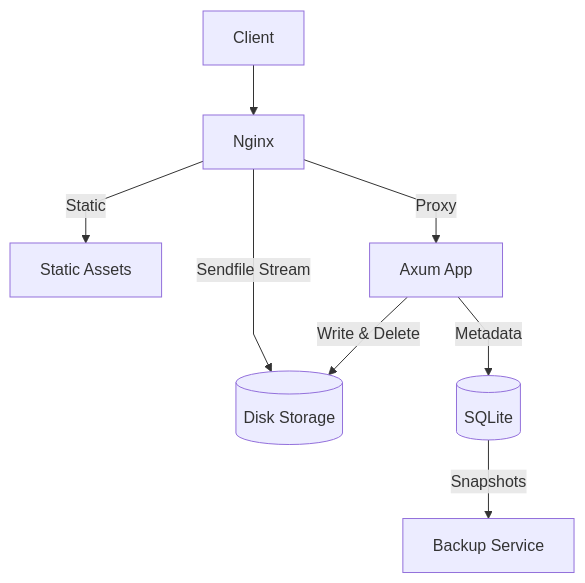
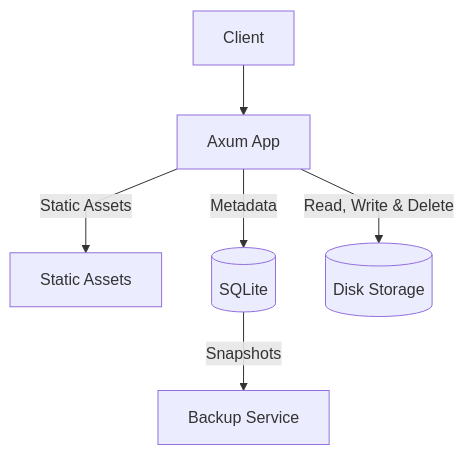
Before and after one commit to justpranavrs/filebase: the diagram in README.md, drawn with Mermaid. The commit also changed other lines of this file and 15 other files, not shown here.

````diff
--- a/README.md
+++ b/README.md
@@ -38,18 +35,15 @@
 ```mermaid
 ---
 config:
   flowchart:
     curve: linear
 ---
 flowchart TD
-    Client[Client] --> Nginx[Nginx]
+    Client[Client] --> App[Axum App]
 
-    Nginx -->|Static| Static[Static Assets]
-    Nginx -->|Proxy| App[Axum App]
-    Nginx -->|Sendfile Stream| Storage[(Disk Storage)]
-
+    App -->|Static Assets| Static[Static Assets]
     App -->|Metadata| DB[(SQLite)]
-    App -->|Write & Delete| Storage
+    App -->|Read, Write & Delete| Storage[(Disk Storage)]
 
     DB -->|Snapshots| Backup[Backup Service]
 ```
````
